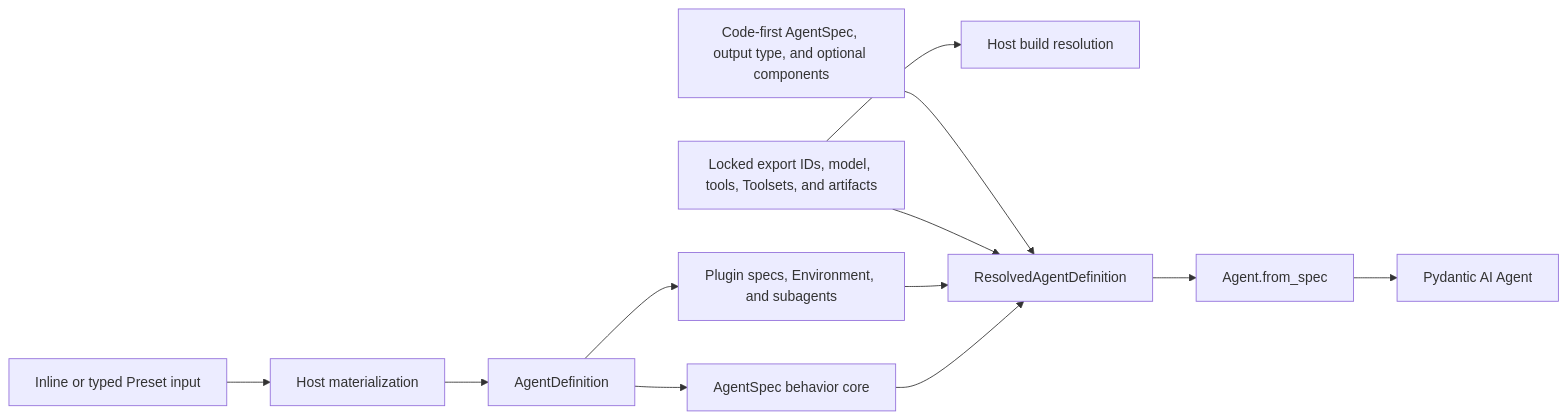
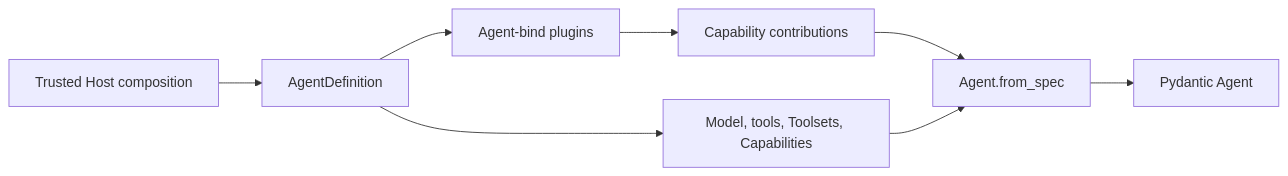
Before and after one commit to LTThreeComma/agent-foundation: the first of 3 diagrams in spec/agent-harness/01-pydantic-ai-foundation.md, drawn with Mermaid. The commit also changed other lines of this file and 31 other files, not shown here.

Commit message:
feat(harness): align code-first runtime contracts

````diff
--- a/spec/agent-harness/01-pydantic-ai-foundation.md
+++ b/spec/agent-harness/01-pydantic-ai-foundation.md
@@ -81,12 +46,9 @@
 ```mermaid
 flowchart LR
-    Input[Inline or typed Preset input] --> Materialize[Host materialization]
-    Materialize --> Source[AgentDefinition]
-    Source --> PydanticSpec[AgentSpec behavior core]
-    Source --> HarnessFields[Plugin specs, Environment, and subagents]
-    Registry[Locked export IDs, model, tools, Toolsets, and artifacts] --> Resolve[Host build resolution]
-    PydanticSpec & HarnessFields & Registry --> Resolved[ResolvedAgentDefinition]
-    Code[Code-first AgentSpec, output type, and optional components] --> Resolved
-    Resolved --> FromSpec[Agent.from_spec]
-    FromSpec --> Agent[Pydantic AI Agent]
+    Host[Trusted Host composition] --> Definition[AgentDefinition]
+    Definition --> Plugins[Agent-bind plugins]
+    Plugins --> Contributions[Capability contributions]
+    Definition --> Native[Model, tools, Toolsets, Capabilities]
+    Contributions & Native --> FromSpec[Agent.from_spec]
+    FromSpec --> Agent[Pydantic Agent]
 ```
````
